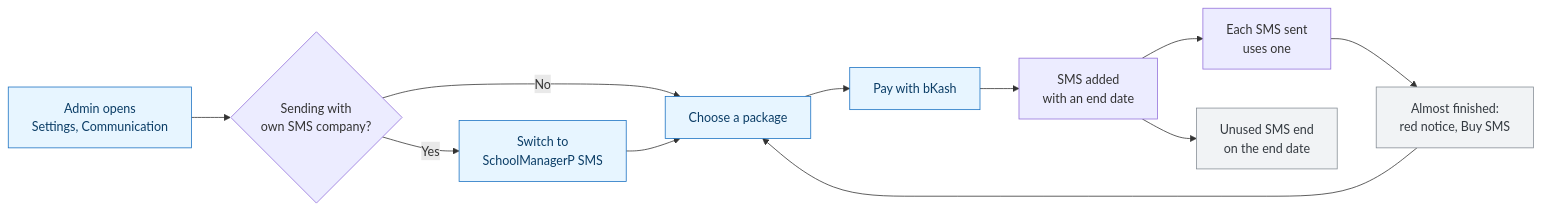
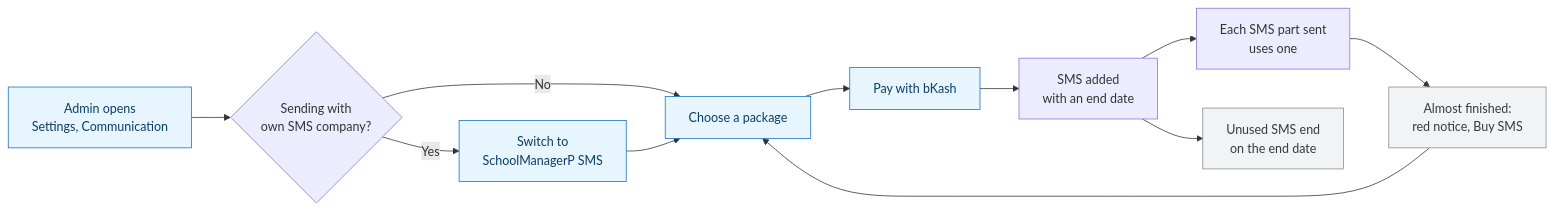
The diagram in docs/user-guide/_diagrams/administration-sms-packages-overview.en.mmd (tareq89/biddaloy), drawn with Mermaid before and after one commit. The commit also changed 15 other files, not shown here.

```diff
--- a/docs/user-guide/_diagrams/administration-sms-packages-overview.en.mmd
+++ b/docs/user-guide/_diagrams/administration-sms-packages-overview.en.mmd
@@ -1,15 +1,15 @@
 %% title: How a school buys SMS
-%% desc: The school admin opens Settings, Communication, and sees how many SMS are left and when they end. If the school uses its own SMS company it switches to SchoolManagerP SMS first. The admin chooses a package, pays with bKash, and the SMS are added. Each SMS sent uses one. SMS left after the end date are lost. When SMS are almost finished a red notice sends the admin back to the packages.
+%% desc: The school admin opens Settings, Communication, and sees how many SMS are left and when they end. If the school uses its own SMS company it switches to SchoolManagerP SMS first. The admin chooses a package, pays with bKash, and the SMS are added. Each SMS part sent uses one. SMS left after the end date are lost. When SMS are almost finished a red notice sends the admin back to the packages.
 flowchart LR
   A["Admin opens<br/>Settings, Communication"]:::admin --> O{"Sending with<br/>own SMS company?"}
   O -- Yes --> W["Switch to<br/>SchoolManagerP SMS"]:::admin
   O -- No --> P["Choose a package"]:::admin
   W --> P
   P --> B["Pay with bKash"]:::admin
   B --> L["SMS added<br/>with an end date"]
-  L --> S["Each SMS sent<br/>uses one"]
+  L --> S["Each SMS part sent<br/>uses one"]
   L --> X["Unused SMS end<br/>on the end date"]:::note
   S --> R["Almost finished:<br/>red notice, Buy SMS"]:::note
   R --> P
   classDef admin fill:#e7f5ff,stroke:#1971c2,color:#0b3d66
   classDef note fill:#f1f3f5,stroke:#868e96,color:#343a40
```
